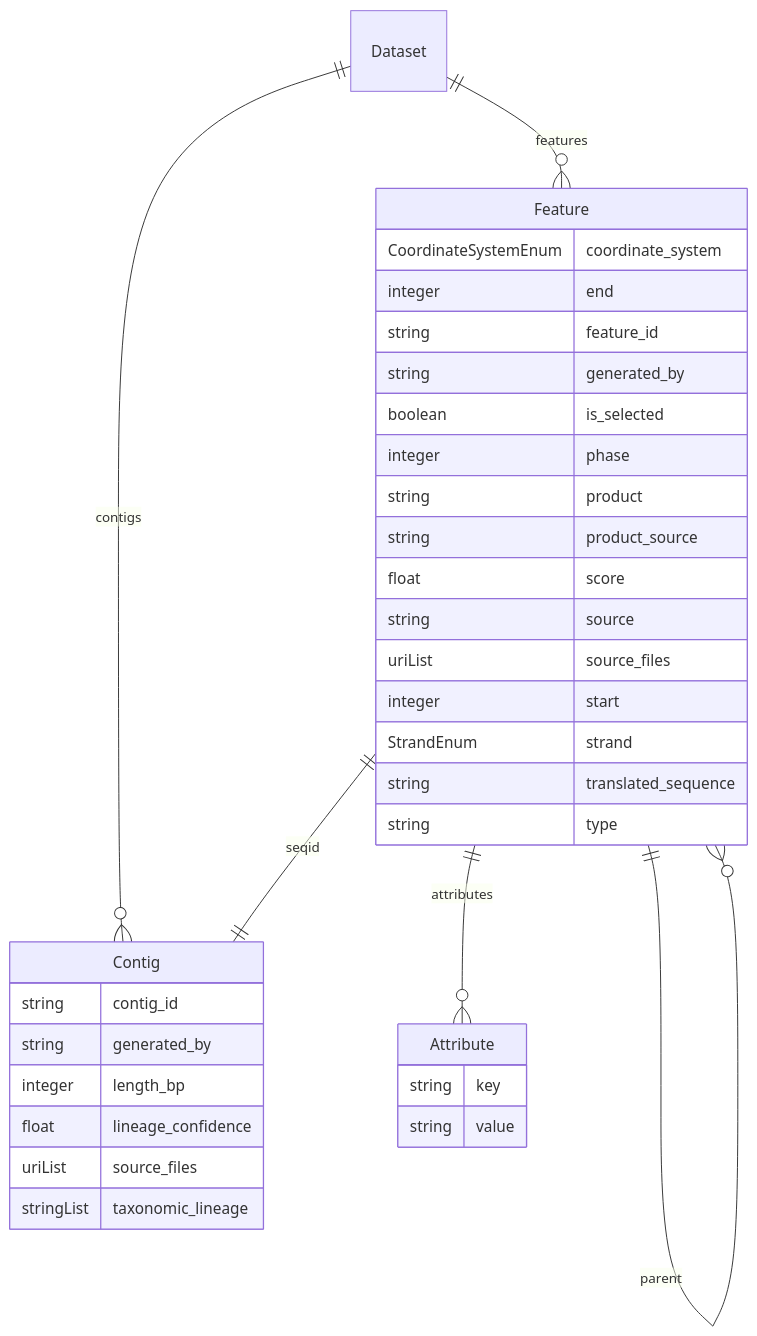
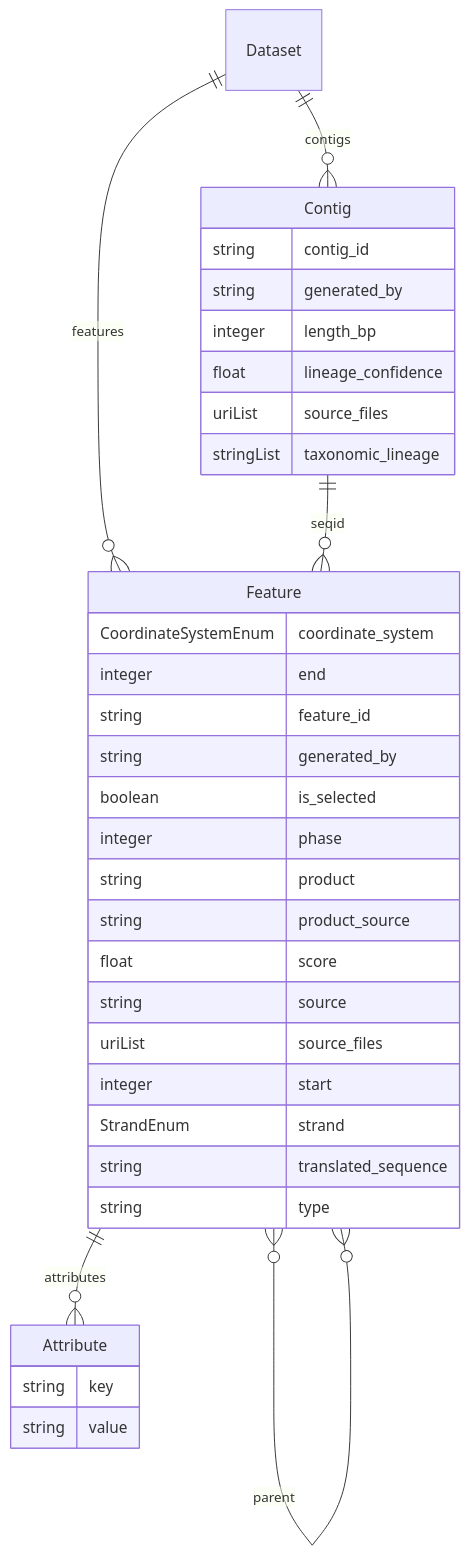
One commit to turbomam/feature-table-corpus changed the diagram in docs/schema-diagram.md. Above: the diagram before and after it, drawn with Mermaid. The commit also changed other lines of this file and 3 other files, not shown here.

Commit message:
Correct diagram reference cardinalities and link public provenance context

````diff
--- a/docs/schema-diagram.md
+++ b/docs/schema-diagram.md
@@ -7,41 +8,41 @@
 ```mermaid
 erDiagram
 Attribute {
     string key
     string value
 }
 Contig {
     string contig_id
     string generated_by
     integer length_bp
     float lineage_confidence
     uriList source_files
     stringList taxonomic_lineage
 }
 Dataset {
 
 }
 Feature {
     CoordinateSystemEnum coordinate_system
     integer end
     string feature_id
     string generated_by
     boolean is_selected
     integer phase
     string product
     string product_source
     float score
     string source
     uriList source_files
     integer start
     StrandEnum strand
     string translated_sequence
     string type
 }
 
-Dataset ||--}o Contig : "contigs"
-Dataset ||--}o Feature : "features"
-Feature ||--|| Contig : "seqid"
-Feature ||--}o Attribute : "attributes"
-Feature ||--}o Feature : "parent"
+Dataset ||--o{ Contig : "contigs"
+Dataset ||--o{ Feature : "features"
+Contig ||--o{ Feature : "seqid"
+Feature ||--o{ Attribute : "attributes"
+Feature }o--o{ Feature : "parent"
 ```
````
